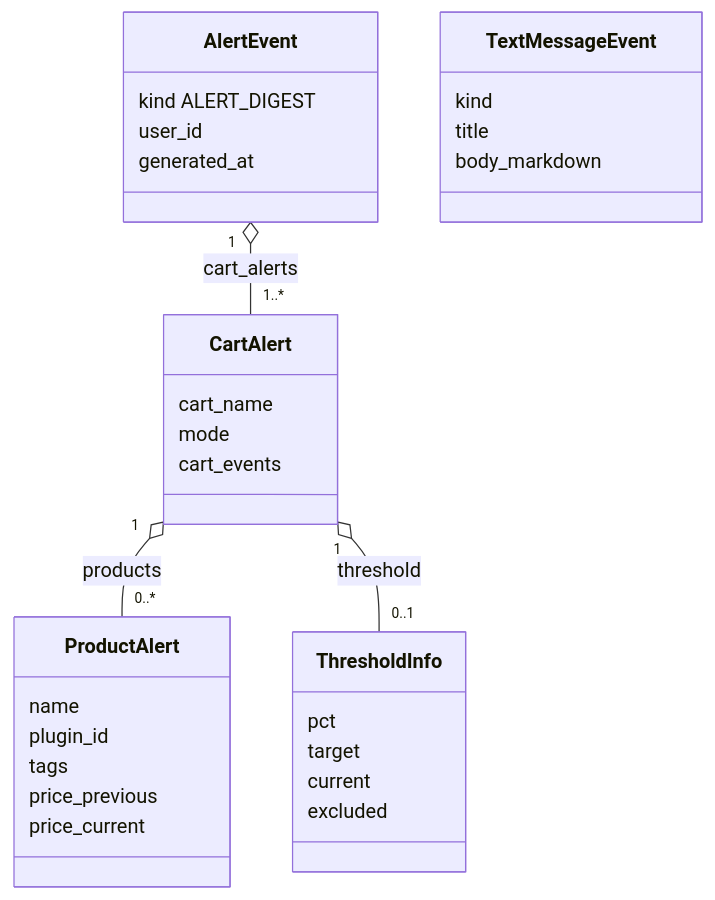
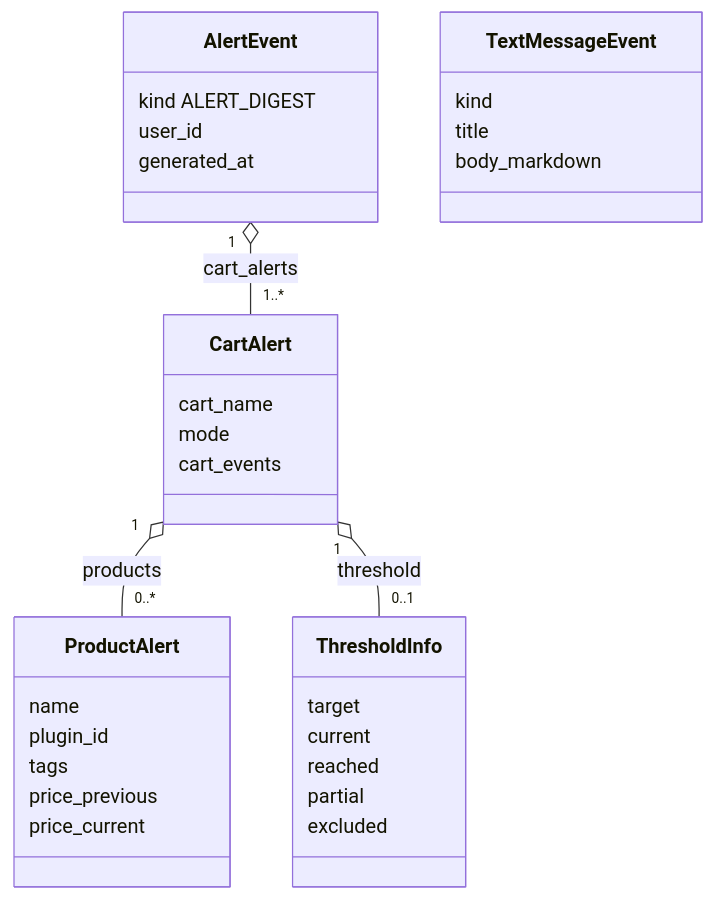
The diagram in docs-ita/4-capabilities/contracts/alert-event.md (caporalesimone/watch-em-all), drawn with Mermaid before and after one commit. The commit also changed other lines of this file, not shown here.

````diff
--- a/docs-ita/4-capabilities/contracts/alert-event.md
+++ b/docs-ita/4-capabilities/contracts/alert-event.md
@@ -9,34 +9,35 @@
 ```mermaid
 classDiagram
     AlertEvent "1" o-- "1..*" CartAlert : cart_alerts
     CartAlert "1" o-- "0..*" ProductAlert : products
     CartAlert "1" o-- "0..1" ThresholdInfo : threshold
     class AlertEvent {
         kind ALERT_DIGEST
         user_id
         generated_at
     }
     class CartAlert {
         cart_name
         mode
         cart_events
     }
     class ProductAlert {
         name
         plugin_id
         tags
         price_previous
         price_current
     }
     class ThresholdInfo {
-        pct
         target
         current
+        reached
+        partial
         excluded
     }
     class TextMessageEvent {
         kind
         title
         body_markdown
     }
 ```
````
